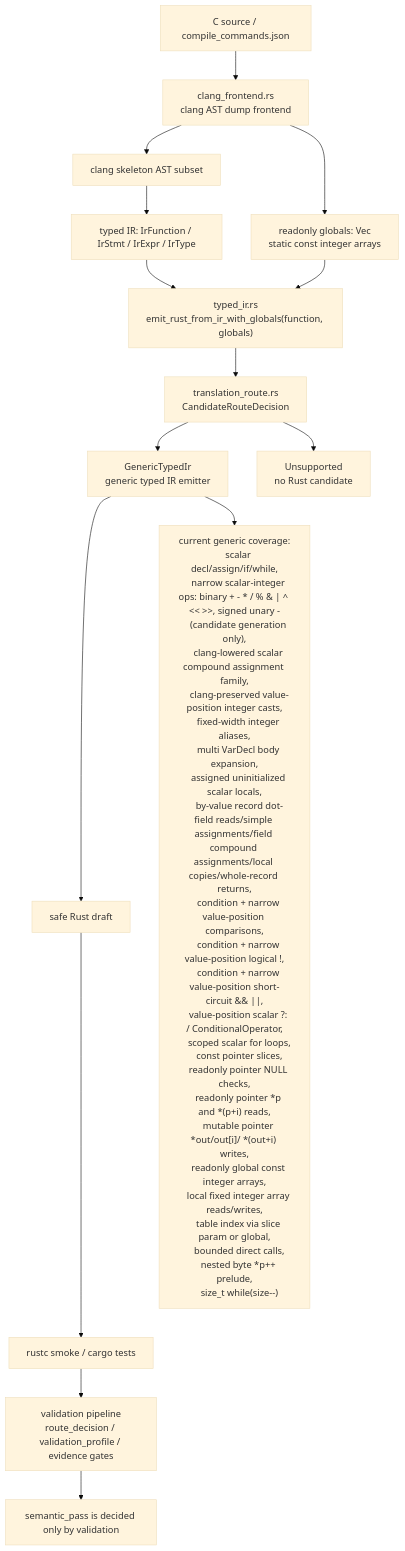
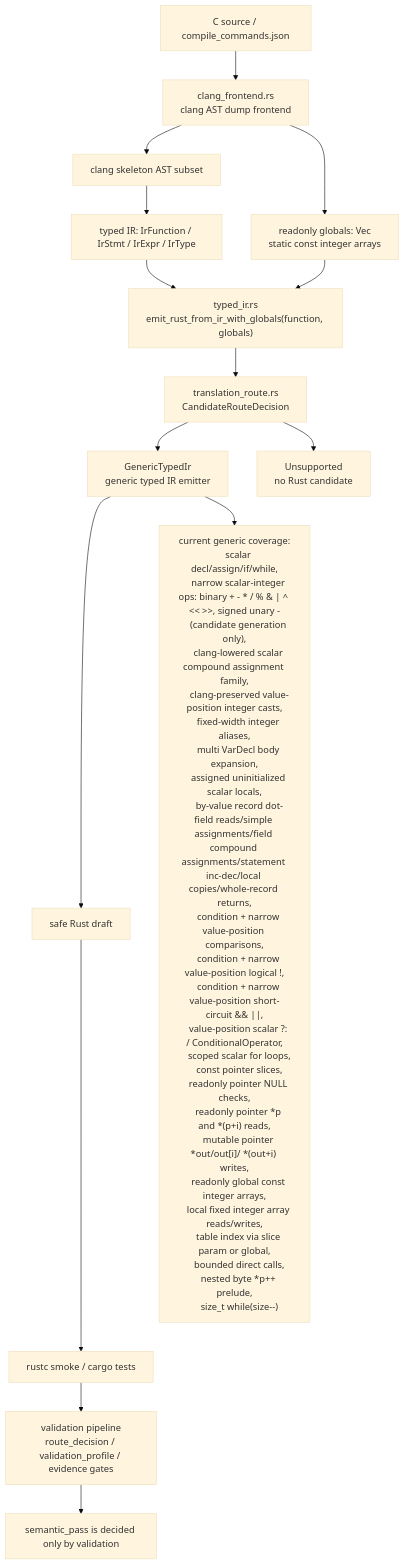
One commit to guoqihan342-svg/c-to-rust changed the diagram in docs/c2rust-migration-agent/core-translation-architecture.en.md. Above: the diagram before and after it, drawn with Mermaid (base theme). The commit also changed other lines of this file and 10 other files, not shown here.

Commit message:
feat: emit record field inc-dec statements

````diff
--- a/docs/c2rust-migration-agent/core-translation-architecture.en.md
+++ b/docs/c2rust-migration-agent/core-translation-architecture.en.md
@@ -7,42 +7,42 @@
 ```mermaid
 flowchart TD
     C["C source / compile_commands.json"] --> Clang["clang_frontend.rs<br/>clang AST dump frontend"]
     Clang --> Skeleton["clang skeleton AST subset"]
     Skeleton --> IR["typed IR: IrFunction / IrStmt / IrExpr / IrType"]
     Clang --> Globals["readonly globals: Vec<IrGlobal><br/>static const integer arrays"]
     IR --> EmitCtx["typed_ir.rs<br/>emit_rust_from_ir_with_globals(function, globals)"]
     Globals --> EmitCtx
     EmitCtx --> RouteMeta["translation_route.rs<br/>CandidateRouteDecision"]
     RouteMeta --> Generic["GenericTypedIr<br/>generic typed IR emitter"]
     RouteMeta --> Unsupported["Unsupported<br/>no Rust candidate"]
     Generic --> Rust["safe Rust draft"]
     Rust --> Rustc["rustc smoke / cargo tests"]
     Rustc --> Validation["validation pipeline<br/>route_decision / validation_profile / evidence gates"]
 
     Generic --> Supported["current generic coverage:
     scalar decl/assign/if/while,
     narrow scalar-integer ops: binary + - * / % & | ^ << >>, signed unary -
     (candidate generation only),
     clang-lowered scalar compound assignment family,
     clang-preserved value-position integer casts,
     fixed-width integer aliases,
     multi VarDecl body expansion,
     assigned uninitialized scalar locals,
-    by-value record dot-field reads/simple assignments/field compound assignments/local copies/whole-record returns,
+    by-value record dot-field reads/simple assignments/field compound assignments/statement inc-dec/local copies/whole-record returns,
     condition + narrow value-position comparisons,
     condition + narrow value-position logical !,
     condition + narrow value-position short-circuit && ||,
     value-position scalar ?: / ConditionalOperator,
     scoped scalar for loops,
     const pointer slices,
     readonly pointer NULL checks,
     readonly pointer *p and *(p+i) reads,
     mutable pointer *out/out[i]/ *(out+i) writes,
     readonly global const integer arrays,
     local fixed integer array reads/writes,
     table index via slice param or global,
     bounded direct calls,
     nested byte *p++ prelude,
     size_t while(size--)"]
     Validation --> Semantic["semantic_pass is decided only by validation"]
 ```
````
